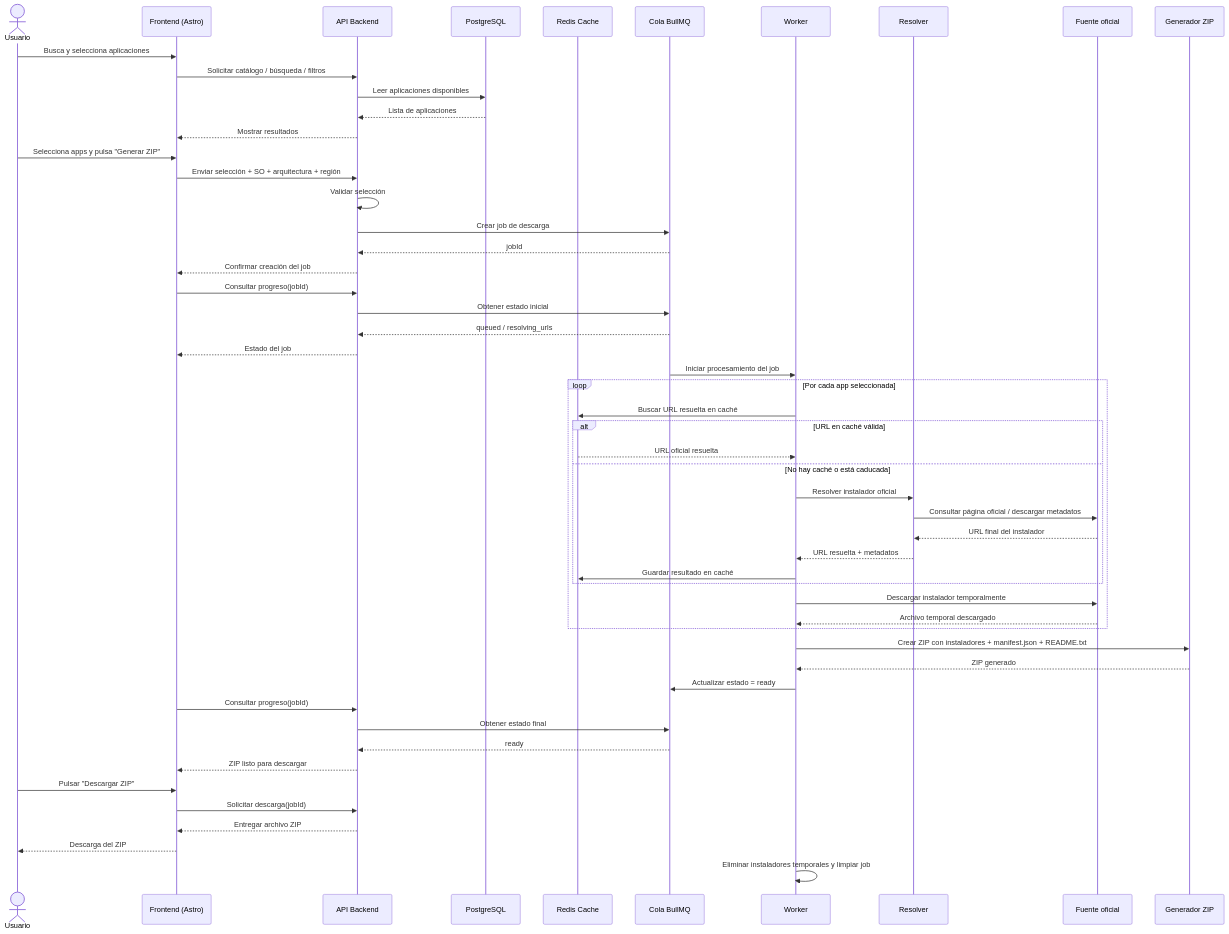
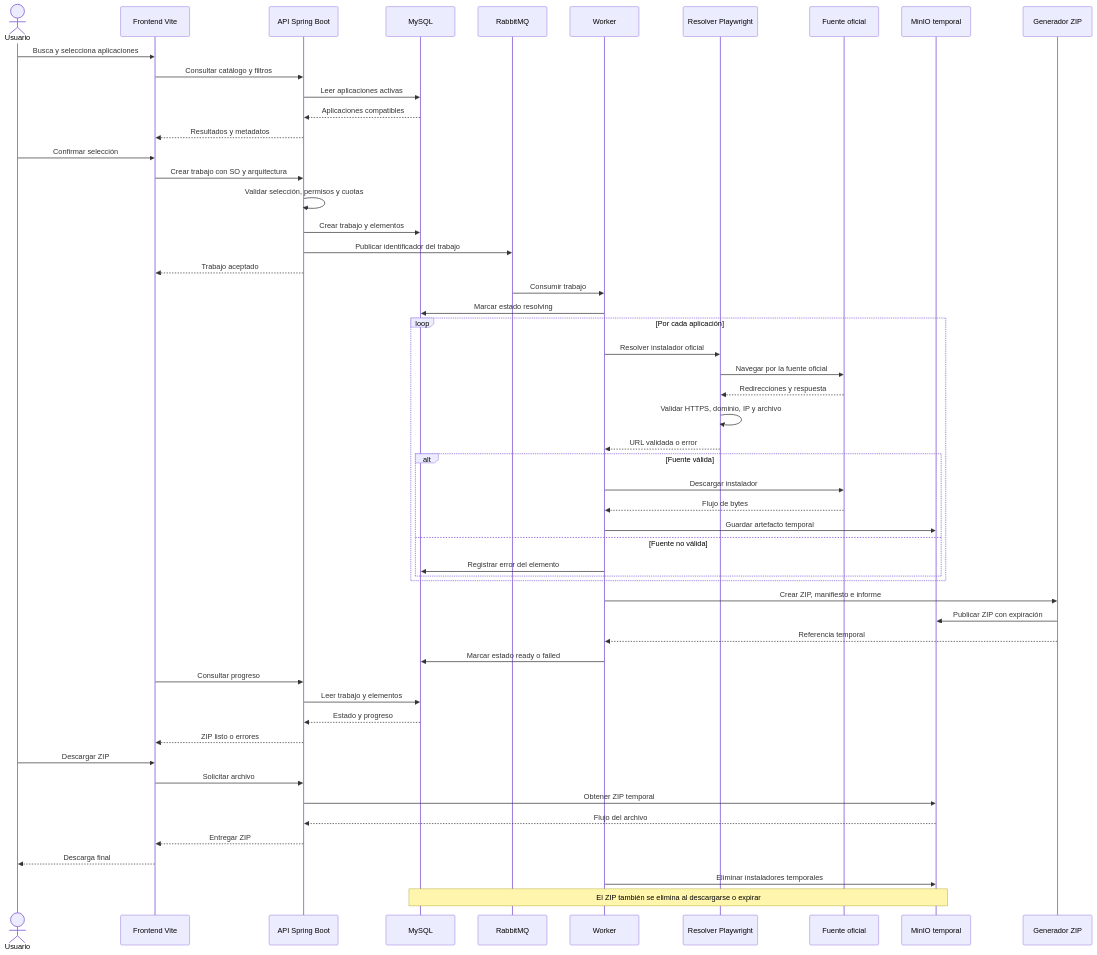
Before and after one commit to Joseleelsuper/Batch-Downloader-Memoria: the diagram in assets/sequenceDiagram_general.mmd, drawn with Mermaid. The commit also changed 7 other files, not shown here.

Commit message:
Modificados diagramas de secuencia y configuraciones de Puppeteer y Mermaid para reflejar cambios en la arquitectura y herramientas utilizadas.

```diff
--- a/assets/sequenceDiagram_general.mmd
+++ b/assets/sequenceDiagram_general.mmd
@@ -1,63 +1,61 @@
 sequenceDiagram
     actor U as Usuario
-    participant F as Frontend (Astro)
-    participant A as API Backend
-    participant DB as PostgreSQL
-    participant C as Redis Cache
-    participant Q as Cola BullMQ
+    participant F as Frontend Vite
+    participant A as API Spring Boot
+    participant DB as MySQL
+    participant Q as RabbitMQ
     participant W as Worker
-    participant R as Resolver
+    participant R as Resolver Playwright
     participant O as Fuente oficial
+    participant M as MinIO temporal
     participant Z as Generador ZIP
 
     U->>F: Busca y selecciona aplicaciones
-    F->>A: Solicitar catálogo / búsqueda / filtros
-    A->>DB: Leer aplicaciones disponibles
-    DB-->>A: Lista de aplicaciones
-    A-->>F: Mostrar resultados
+    F->>A: Consultar catálogo y filtros
+    A->>DB: Leer aplicaciones activas
+    DB-->>A: Aplicaciones compatibles
+    A-->>F: Resultados y metadatos
 
-    U->>F: Selecciona apps y pulsa "Generar ZIP"
-    F->>A: Enviar selección + SO + arquitectura + región
+    U->>F: Confirmar selección
+    F->>A: Crear trabajo con SO y arquitectura
+    A->>A: Validar selección, permisos y cuotas
+    A->>DB: Crear trabajo y elementos
+    A->>Q: Publicar identificador del trabajo
+    A-->>F: Trabajo aceptado
 
-    A->>A: Validar selección
-    A->>Q: Crear job de descarga
-    Q-->>A: jobId
-    A-->>F: Confirmar creación del job
-
-    F->>A: Consultar progreso(jobId)
-    A->>Q: Obtener estado inicial
-    Q-->>A: queued / resolving_urls
-    A-->>F: Estado del job
-
-    Q->>W: Iniciar procesamiento del job
-    loop Por cada app seleccionada
-        W->>C: Buscar URL resuelta en caché
-        alt URL en caché válida
-            C-->>W: URL oficial resuelta
-        else No hay caché o está caducada
-            W->>R: Resolver instalador oficial
-            R->>O: Consultar página oficial / descargar metadatos
-            O-->>R: URL final del instalador
-            R-->>W: URL resuelta + metadatos
-            W->>C: Guardar resultado en caché
+    Q->>W: Consumir trabajo
+    W->>DB: Marcar estado resolving
+    loop Por cada aplicación
+        W->>R: Resolver instalador oficial
+        R->>O: Navegar por la fuente oficial
+        O-->>R: Redirecciones y respuesta
+        R->>R: Validar HTTPS, dominio, IP y archivo
+        R-->>W: URL validada o error
+        alt Fuente válida
+            W->>O: Descargar instalador
+            O-->>W: Flujo de bytes
+            W->>M: Guardar artefacto temporal
+        else Fuente no válida
+            W->>DB: Registrar error del elemento
         end
-
-        W->>O: Descargar instalador temporalmente
-        O-->>W: Archivo temporal descargado
     end
 
-    W->>Z: Crear ZIP con instaladores + manifest.json + README.txt
-    Z-->>W: ZIP generado
-    W->>Q: Actualizar estado = ready
+    W->>Z: Crear ZIP, manifiesto e informe
+    Z->>M: Publicar ZIP con expiración
+    Z-->>W: Referencia temporal
+    W->>DB: Marcar estado ready o failed
 
-    F->>A: Consultar progreso(jobId)
-    A->>Q: Obtener estado final
-    Q-->>A: ready
-    A-->>F: ZIP listo para descargar
+    F->>A: Consultar progreso
+    A->>DB: Leer trabajo y elementos
+    DB-->>A: Estado y progreso
+    A-->>F: ZIP listo o errores
 
-    U->>F: Pulsar "Descargar ZIP"
-    F->>A: Solicitar descarga(jobId)
-    A-->>F: Entregar archivo ZIP
-    F-->>U: Descarga del ZIP
+    U->>F: Descargar ZIP
+    F->>A: Solicitar archivo
+    A->>M: Obtener ZIP temporal
+    M-->>A: Flujo del archivo
+    A-->>F: Entregar ZIP
+    F-->>U: Descarga final
 
-    W->>W: Eliminar instaladores temporales y limpiar job
+    W->>M: Eliminar instaladores temporales
+    Note over M,DB: El ZIP también se elimina al descargarse o expirar
```
